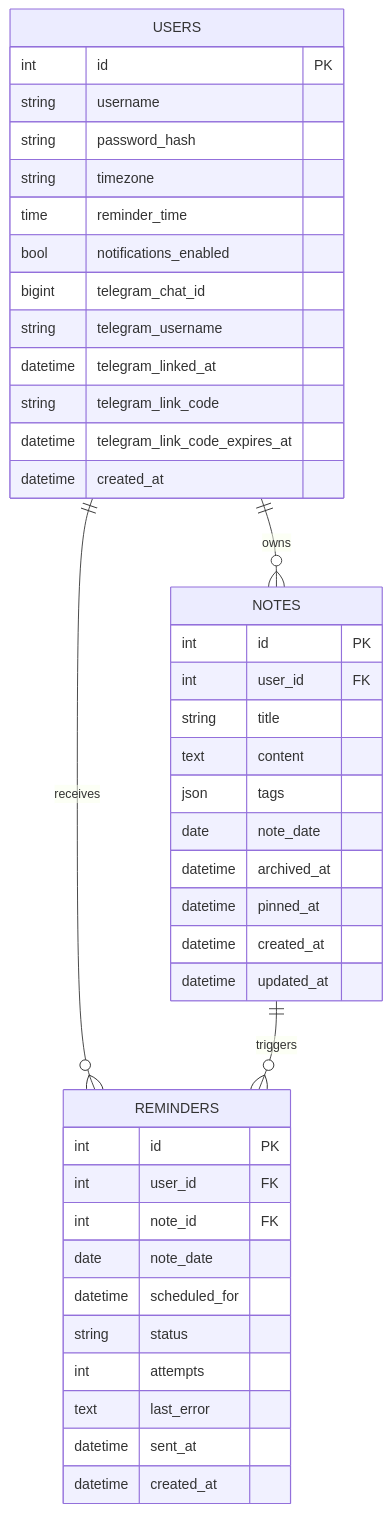
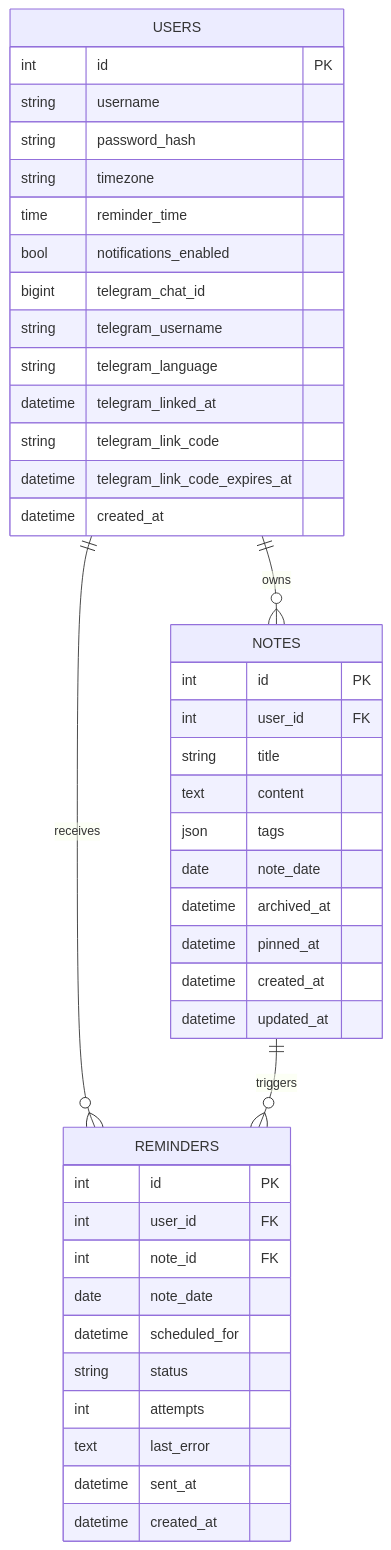
One commit to ZhanybekDev/notes-app changed the fourth of 4 diagrams in docs/architecture.md. Above: the diagram before and after it, drawn with Mermaid. The commit also changed other lines of this file and 9 other files, not shown here.

First line of the commit message:
feat: the bot speaks the user's Telegram language

````diff
--- a/docs/architecture.md
+++ b/docs/architecture.md
@@ -111,44 +113,45 @@
 ```mermaid
 erDiagram
     USERS ||--o{ NOTES : owns
     USERS ||--o{ REMINDERS : receives
     NOTES ||--o{ REMINDERS : triggers
     USERS {
         int id PK
         string username
         string password_hash
         string timezone
         time reminder_time
         bool notifications_enabled
         bigint telegram_chat_id
         string telegram_username
+        string telegram_language
         datetime telegram_linked_at
         string telegram_link_code
         datetime telegram_link_code_expires_at
         datetime created_at
     }
     NOTES {
         int id PK
         int user_id FK
         string title
         text content
         json tags
         date note_date
         datetime archived_at
         datetime pinned_at
         datetime created_at
         datetime updated_at
     }
     REMINDERS {
         int id PK
         int user_id FK
         int note_id FK
         date note_date
         datetime scheduled_for
         string status
         int attempts
         text last_error
         datetime sent_at
         datetime created_at
     }
 ```
````
